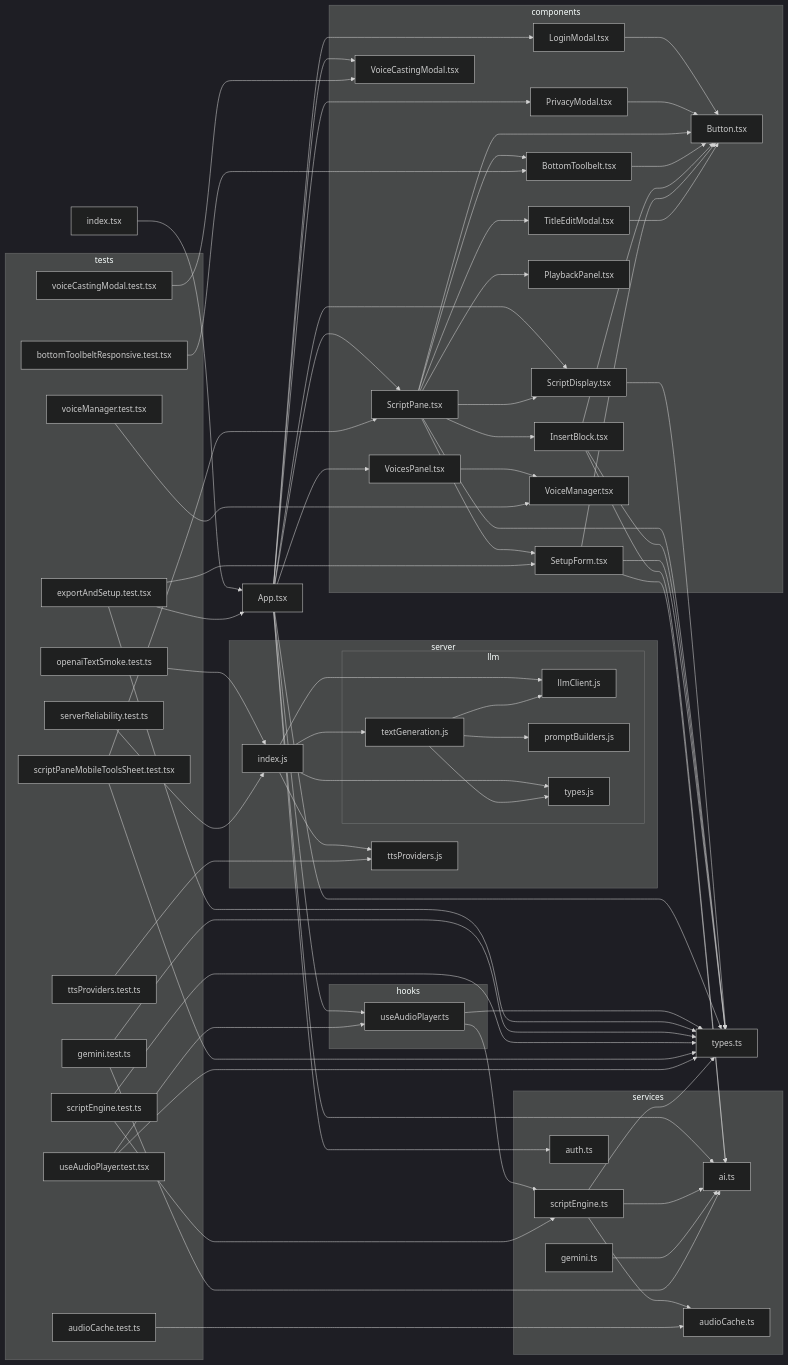
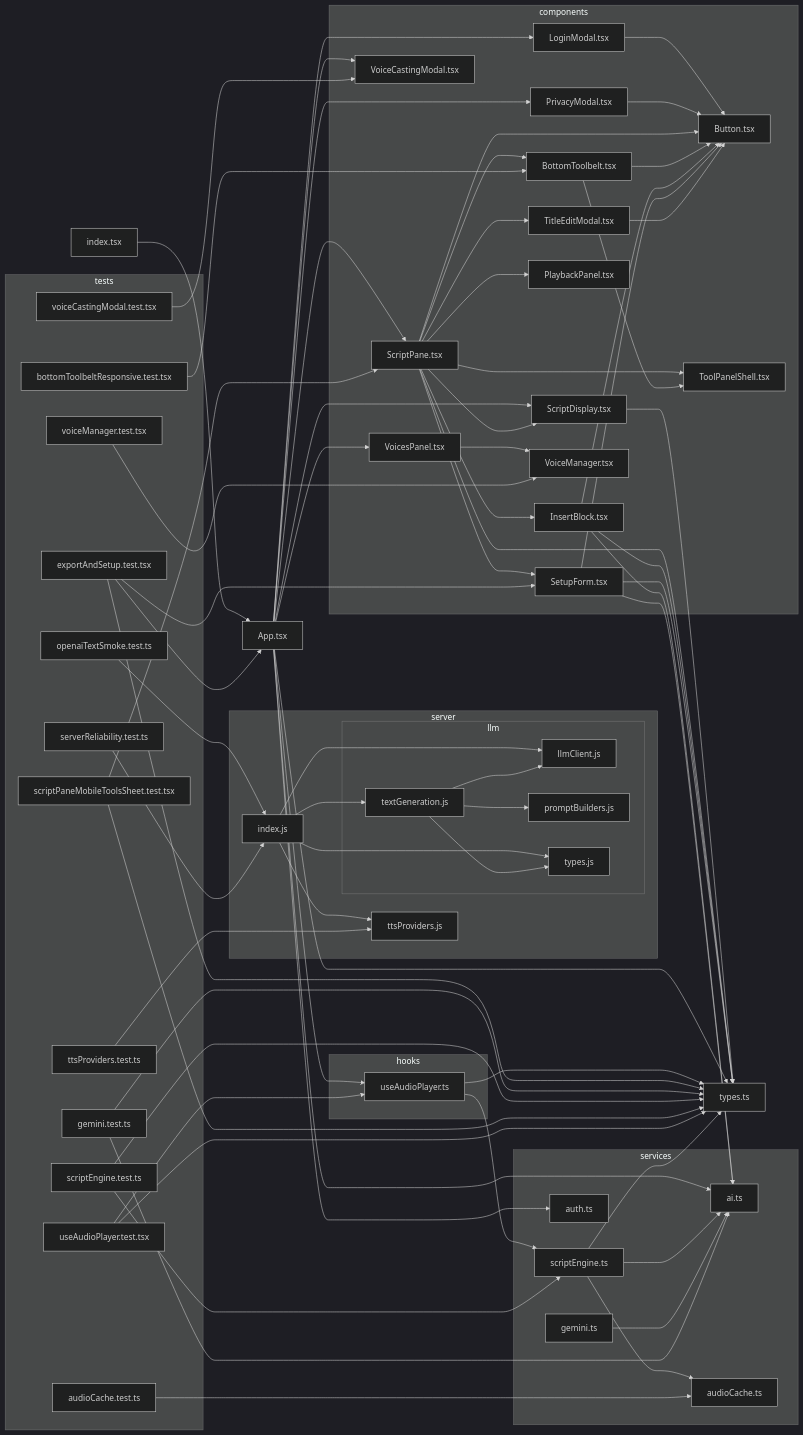
The diagram in docs/dependency-graph.mmd (seanzmc/Script-Seance), drawn with Mermaid (dark theme) before and after one commit.

Commit message:
Re-key dependency graph nodes for new component
Shifts node identifiers in the Mermaid dependency graph to
accommodate the addition of ToolPanelShell.tsx, updating all
references and edges accordingly.

```diff
--- a/docs/dependency-graph.mmd
+++ b/docs/dependency-graph.mmd
@@ -1,116 +1,119 @@
 flowchart LR
 
 0["App.tsx"]
 subgraph 1["components"]
 2["LoginModal.tsx"]
 3["Button.tsx"]
 4["PrivacyModal.tsx"]
 5["ScriptDisplay.tsx"]
 7["ScriptPane.tsx"]
 8["BottomToolbelt.tsx"]
-9["InsertBlock.tsx"]
-C["PlaybackPanel.tsx"]
-D["SetupForm.tsx"]
-E["TitleEditModal.tsx"]
-F["VoiceCastingModal.tsx"]
-G["VoicesPanel.tsx"]
-H["VoiceManager.tsx"]
+9["ToolPanelShell.tsx"]
+A["InsertBlock.tsx"]
+D["PlaybackPanel.tsx"]
+E["SetupForm.tsx"]
+F["TitleEditModal.tsx"]
+G["VoiceCastingModal.tsx"]
+H["VoicesPanel.tsx"]
+I["VoiceManager.tsx"]
 end
 6["types.ts"]
-subgraph A["services"]
-B["ai.ts"]
-K["scriptEngine.ts"]
-L["audioCache.ts"]
-M["auth.ts"]
-W["gemini.ts"]
+subgraph B["services"]
+C["ai.ts"]
+L["scriptEngine.ts"]
+M["audioCache.ts"]
+N["auth.ts"]
+X["gemini.ts"]
 end
-subgraph I["hooks"]
-J["useAudioPlayer.ts"]
+subgraph J["hooks"]
+K["useAudioPlayer.ts"]
 end
-N["index.tsx"]
-subgraph O["server"]
-P["index.js"]
-subgraph Q["llm"]
-R["llmClient.js"]
-S["textGeneration.js"]
-T["promptBuilders.js"]
-U["types.js"]
+O["index.tsx"]
+subgraph P["server"]
+Q["index.js"]
+subgraph R["llm"]
+S["llmClient.js"]
+T["textGeneration.js"]
+U["promptBuilders.js"]
+V["types.js"]
 end
-V["ttsProviders.js"]
+W["ttsProviders.js"]
 end
-subgraph X["tests"]
-Y["audioCache.test.ts"]
-Z["bottomToolbeltResponsive.test.tsx"]
-10["exportAndSetup.test.tsx"]
-11["gemini.test.ts"]
-12["openaiTextSmoke.test.ts"]
-13["scriptEngine.test.ts"]
-14["scriptPaneMobileToolsSheet.test.tsx"]
-15["serverReliability.test.ts"]
-16["ttsProviders.test.ts"]
-17["useAudioPlayer.test.tsx"]
-18["voiceCastingModal.test.tsx"]
-19["voiceManager.test.tsx"]
+subgraph Y["tests"]
+Z["audioCache.test.ts"]
+10["bottomToolbeltResponsive.test.tsx"]
+11["exportAndSetup.test.tsx"]
+12["gemini.test.ts"]
+13["openaiTextSmoke.test.ts"]
+14["scriptEngine.test.ts"]
+15["scriptPaneMobileToolsSheet.test.tsx"]
+16["serverReliability.test.ts"]
+17["ttsProviders.test.ts"]
+18["useAudioPlayer.test.tsx"]
+19["voiceCastingModal.test.tsx"]
+1A["voiceManager.test.tsx"]
 end
 0-->2
 0-->4
 0-->5
 0-->7
-0-->F
 0-->G
-0-->J
-0-->B
-0-->M
+0-->H
+0-->K
+0-->C
+0-->N
 0-->6
 2-->3
 4-->3
 5-->6
 7-->6
 7-->8
 7-->3
+7-->A
+7-->D
+7-->5
+7-->E
+7-->F
 7-->9
-7-->C
-7-->5
-7-->D
-7-->E
 8-->3
-9-->B
-9-->6
-9-->3
-D-->B
-D-->6
-D-->3
+8-->9
+A-->C
+A-->6
+A-->3
+E-->C
+E-->6
 E-->3
-G-->H
-J-->K
-J-->6
+F-->3
+H-->I
+K-->L
 K-->6
-K-->B
-K-->L
-N-->0
-P-->R
-P-->S
-P-->U
-P-->V
-S-->R
-S-->T
-S-->U
-W-->B
-Y-->L
-Z-->8
-10-->0
-10-->D
-10-->6
-11-->B
+L-->6
+L-->C
+L-->M
+O-->0
+Q-->S
+Q-->T
+Q-->V
+Q-->W
+T-->S
+T-->U
+T-->V
+X-->C
+Z-->M
+10-->8
+11-->0
+11-->E
 11-->6
-12-->P
-13-->K
-13-->6
-14-->7
+12-->C
+12-->6
+13-->Q
+14-->L
 14-->6
-15-->P
-16-->V
-17-->J
-17-->6
-18-->F
-19-->H
+15-->7
+15-->6
+16-->Q
+17-->W
+18-->K
+18-->6
+19-->G
+1A-->I
```
